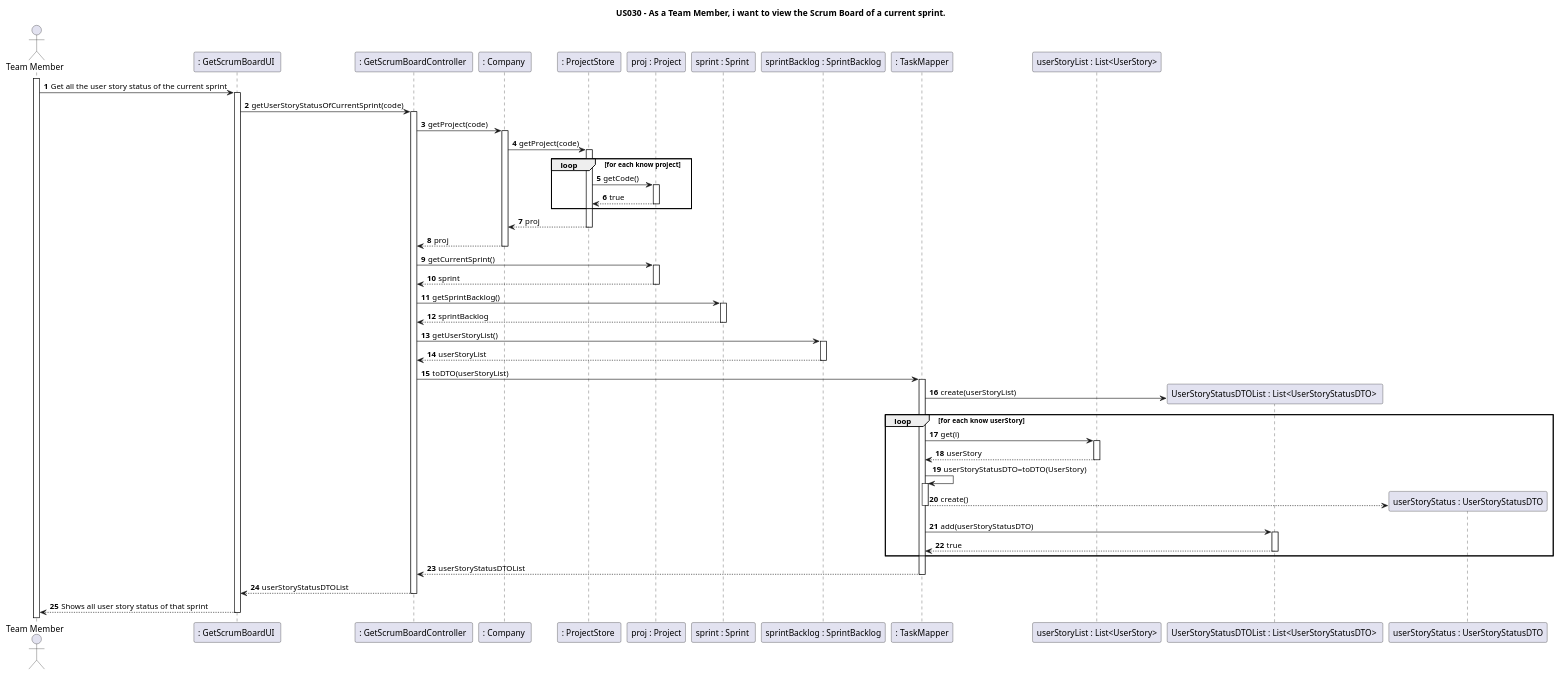
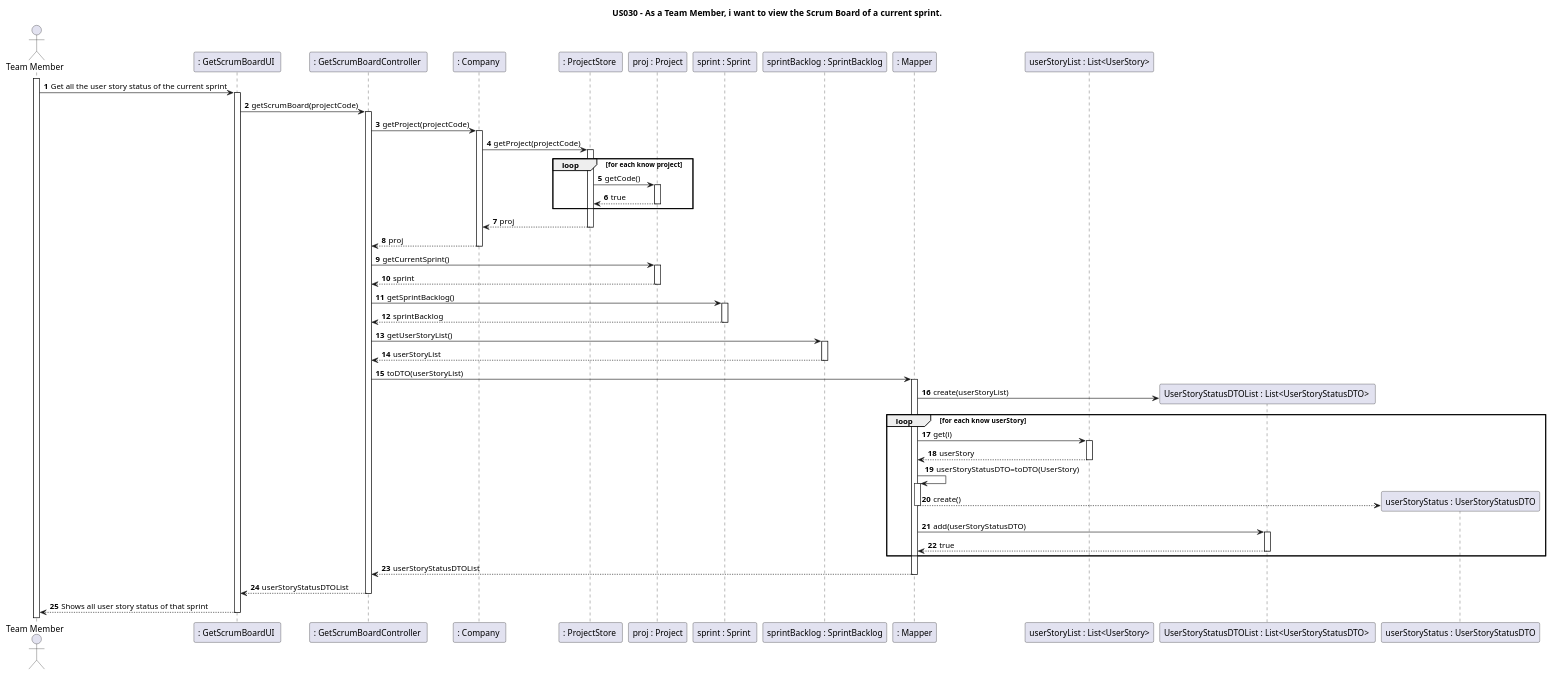
The diagram in docs/Sprint3/US030/US030-SD.puml (nunogon1211787/projectManagement), drawn with PlantUML before and after one commit. The commit also changed 8 other files, not shown here.

Commit message:
Documentation US030 and removal of override in ScrumBoardDto

```diff
--- a/docs/Sprint3/US030/US030-SD.puml
+++ b/docs/Sprint3/US030/US030-SD.puml
@@ -1,58 +1,58 @@
 @startuml
 'https://plantuml.com/class-diagram
 
 title US030 - As a Team Member, i want to view the Scrum Board of a current sprint.
 
 autoactivate on
 autonumber
 
 actor "Team Member" as TeamMember
 
 participant ": GetScrumBoardUI " as UI
 participant ": GetScrumBoardController " as controller
 participant ": Company " as company
 participant ": ProjectStore " as ProjStore
 participant "proj : Project" as proj
 participant "sprint : Sprint " as sprint
 participant "sprintBacklog : SprintBacklog" as sprintBacklog
-participant ": TaskMapper" as mapper
+participant ": Mapper" as mapper
 participant "userStoryList : List<UserStory>" as userStoryList
 participant "UserStoryStatusDTOList : List<UserStoryStatusDTO> " as tasksDTOList
 participant "userStoryStatus : UserStoryStatusDTO" as UserStoryStatus
 
 activate TeamMember
 
 TeamMember -> UI: Get all the user story status of the current sprint
 
-UI -> controller: getUserStoryStatusOfCurrentSprint(code)
-controller -> company: getProject(code)
-company -> ProjStore: getProject(code)
+UI -> controller: getScrumBoard(projectCode)
+controller -> company: getProject(projectCode)
+company -> ProjStore: getProject(projectCode)
 loop for each know project
 ProjStore -> proj: getCode()
 return true
 end
 return proj
 return proj
 controller -> proj: getCurrentSprint()
 return sprint
 controller -> sprint: getSprintBacklog()
 return sprintBacklog
 controller -> sprintBacklog: getUserStoryList()
 return userStoryList
 controller -> mapper : toDTO(userStoryList)
 mapper -> tasksDTOList**: create(userStoryList)
 loop for each  know userStory
 mapper -> userStoryList : get(i)
 return userStory
 mapper -> mapper : userStoryStatusDTO=toDTO(UserStory)
 mapper --> UserStoryStatus**: create()
 deactivate
 mapper -> tasksDTOList : add(userStoryStatusDTO)
 return true
 end
 return userStoryStatusDTOList
 return userStoryStatusDTOList
 return Shows all user story status of that sprint
 
 
 @enduml
```
